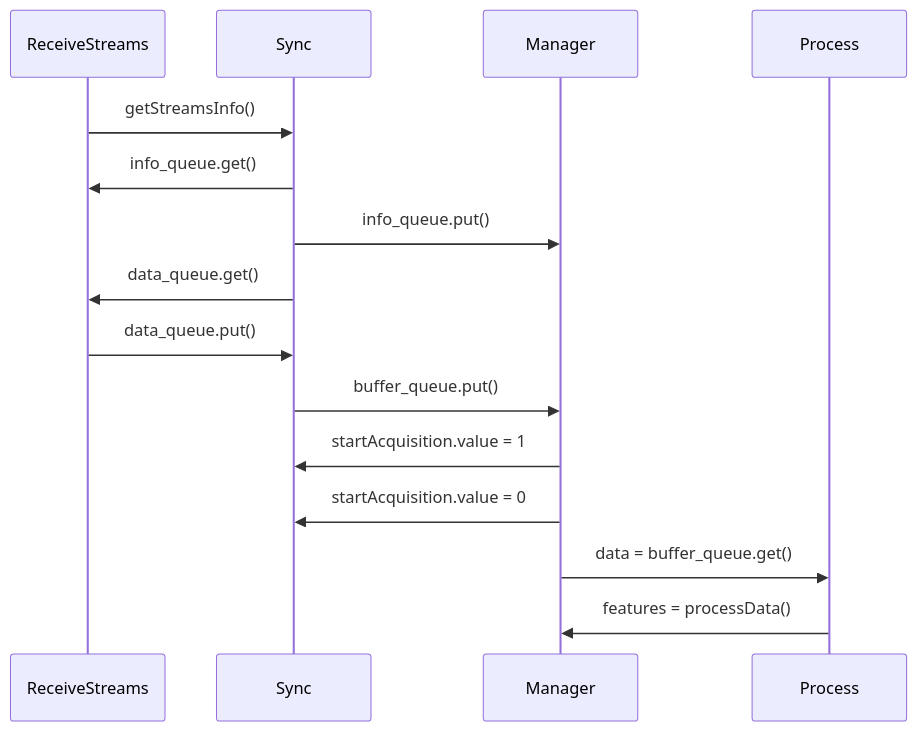
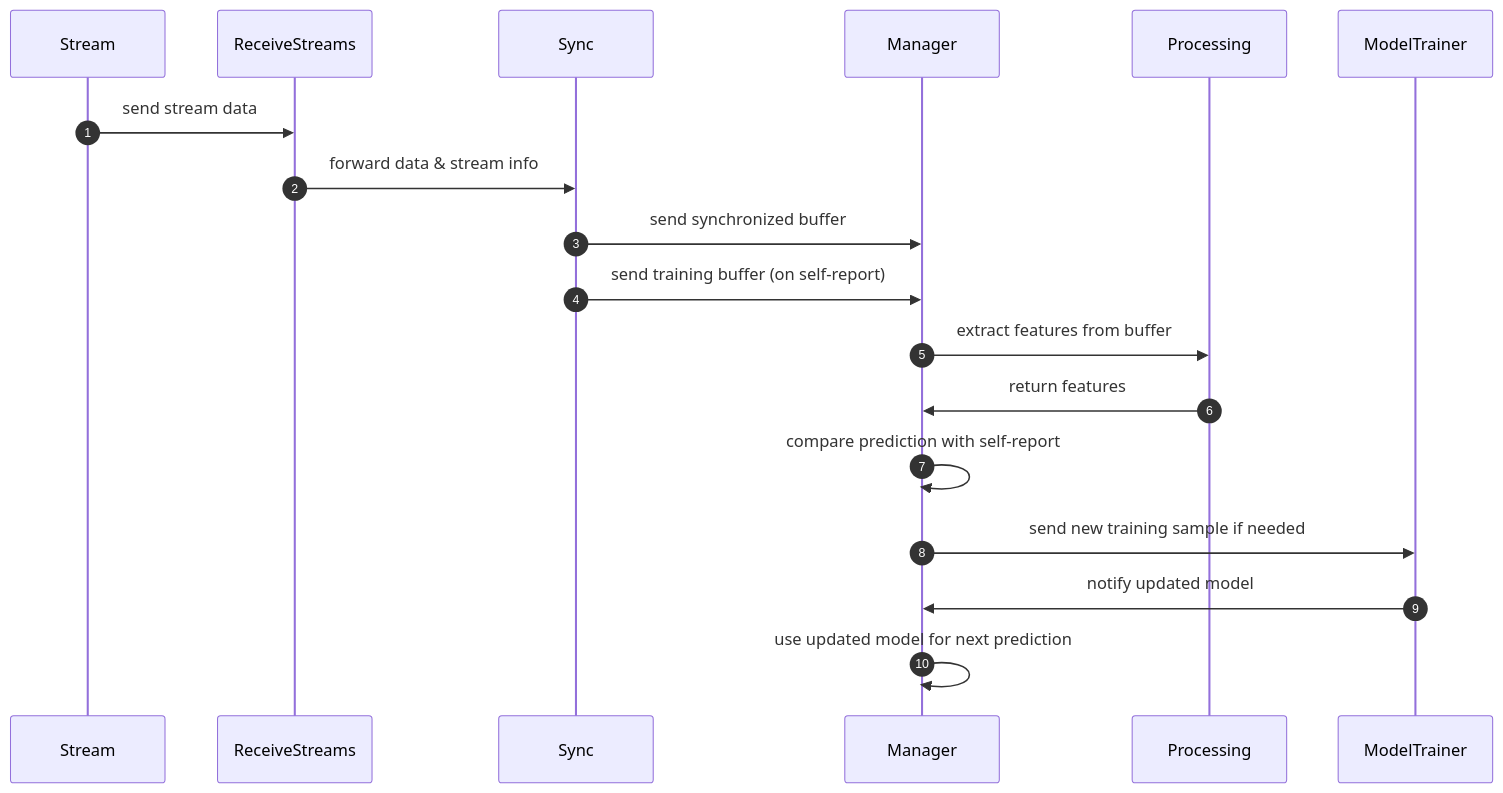
Before and after one commit to NeuroRehabilitation/loop-system: the second of 2 diagrams in README.md, drawn with Mermaid. The commit also changed other lines of this file, not shown here.

Commit message:
chore(README): update mermaid chart.

````diff
--- a/README.md
+++ b/README.md
@@ -79,13 +111,26 @@
 ```mermaid
 sequenceDiagram
-ReceiveStreams ->> Sync: getStreamsInfo()
-Sync ->> ReceiveStreams: info_queue.get()
-Sync ->> Manager: info_queue.put()
-Sync ->> ReceiveStreams: data_queue.get()
-ReceiveStreams ->> Sync: data_queue.put()
-Sync ->> Manager: buffer_queue.put()
-Manager ->> Sync: startAcquisition.value = 1
-Manager ->> Sync: startAcquisition.value = 0
-Manager ->> Process: data = buffer_queue.get()
-Process ->> Manager: features = processData()
+    autonumber
+    participant Stream
+    participant ReceiveStreams
+    participant Sync
+    participant Manager
+    participant Processing
+    participant ModelTrainer
+
+    %% Data acquisition and synchronization
+    Stream ->> ReceiveStreams: send stream data
+    ReceiveStreams ->> Sync: forward data & stream info
+    Sync ->> Manager: send synchronized buffer
+    Sync ->> Manager: send training buffer (on self-report)
+
+    %% Manager processing
+    Manager ->> Processing: extract features from buffer
+    Processing ->> Manager: return features
+    Manager ->> Manager: compare prediction with self-report
+
+    %% Online model retraining
+    Manager ->> ModelTrainer: send new training sample if needed
+    ModelTrainer ->> Manager: notify updated model
+    Manager ->> Manager: use updated model for next prediction
 ```
````
